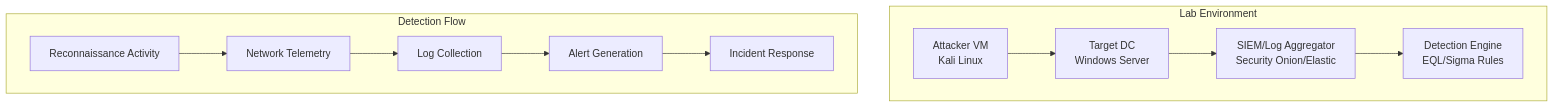
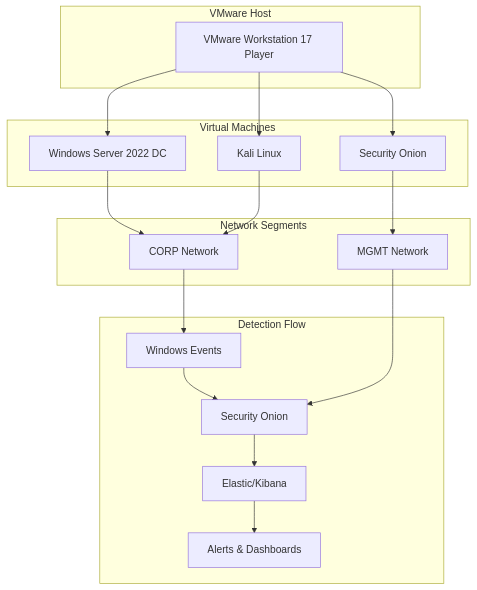
One commit to Dmokom1/security-onion-home-soc-lab-build changed the diagram in README.md. Above: the diagram before and after it, drawn with Mermaid.

Commit message:
Update diagram to match project focus (VMware lab infrastructure)

````diff
--- a/README.md
+++ b/README.md
@@ -57,15 +57,32 @@
 ```mermaid
-graph TD
-    subgraph "Lab Environment"
-        A[Attacker VM<br/>Kali Linux] --> B[Target DC<br/>Windows Server]
-        B --> C[SIEM/Log Aggregator<br/>Security Onion/Elastic]
-        C --> D[Detection Engine<br/>EQL/Sigma Rules]
+graph TB
+    subgraph "VMware Host"
+        A[VMware Workstation 17 Player]
+    end
+    
+    subgraph "Virtual Machines"
+        B[Windows Server 2022 DC]
+        C[Security Onion]
+        D[Kali Linux]
+    end
+    
+    subgraph "Network Segments"
+        E[CORP Network]
+        F[MGMT Network]
     end
     
     subgraph "Detection Flow"
-        E[Reconnaissance Activity] --> F[Network Telemetry]
-        F --> G[Log Collection]
-        G --> H[Alert Generation]
-        H --> I[Incident Response]
+        G[Windows Events] --> H[Security Onion]
+        H --> I[Elastic/Kibana]
+        I --> J[Alerts & Dashboards]
     end
+    
+    A --> B
+    A --> C
+    A --> D
+    B --> E
+    C --> F
+    D --> E
+    E --> G
+    F --> H
 ```
````
